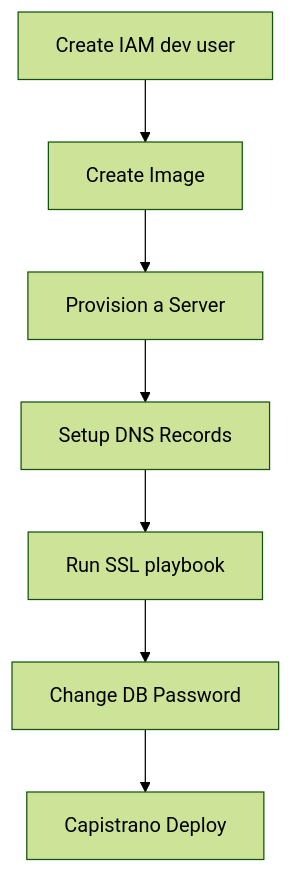
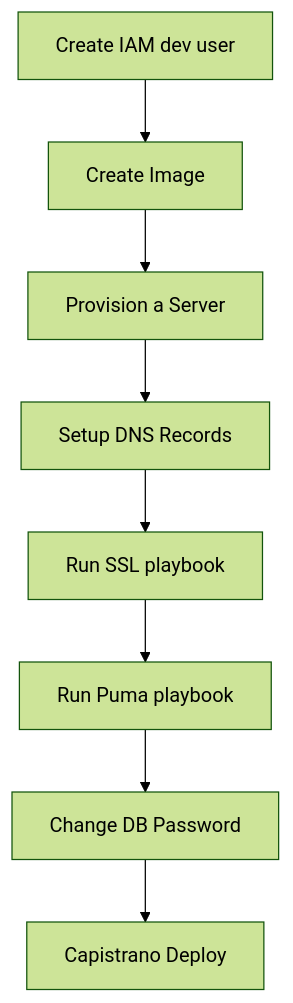
The fifth of 5 diagrams in README.md (bparanj/hivegrid.dev), drawn with Mermaid (forest theme) before and after one commit.

Commit message:
Revise high level sequence diagram

````diff
--- a/README.md
+++ b/README.md
@@ -279,9 +279,10 @@
 ```mermaid
 graph TD
     A[Create IAM dev user] --> B[Create Image]
     B --> C[Provision a Server]
     C --> D[Setup DNS Records]
     D --> E[Run SSL playbook]
-    E --> F[Change DB Password]
-    F --> G[Capistrano Deploy]
+    E --> F[Run Puma playbook]
+    F --> G[Change DB Password]
+    G --> H[Capistrano Deploy]
 ```
````
